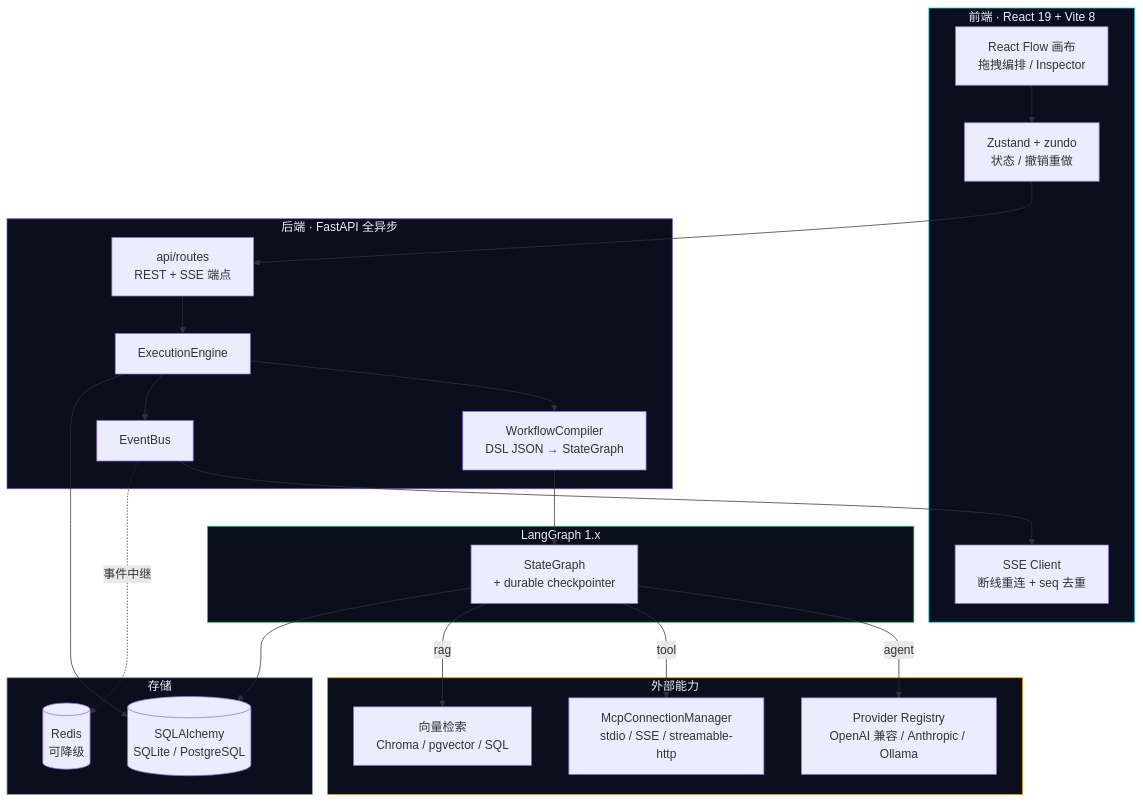
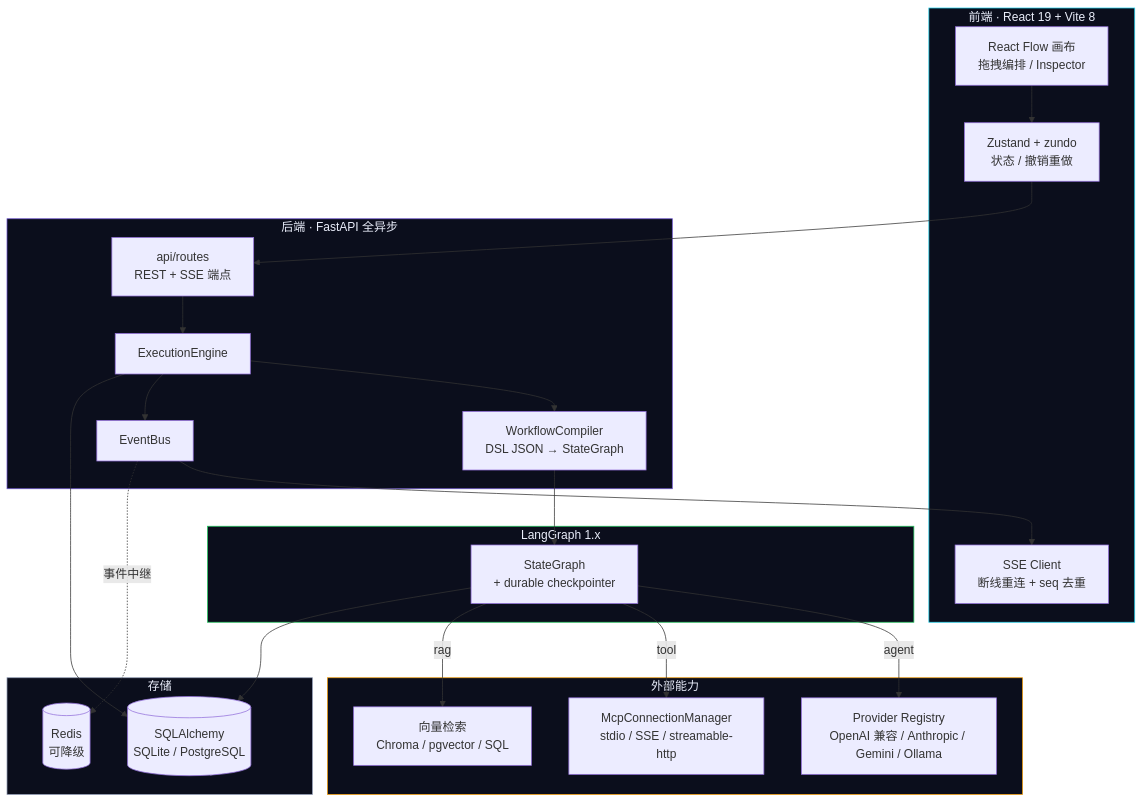
Before and after one commit to nangongdao/AgentCanvas: the first of 3 diagrams in README.md, drawn with Mermaid. The commit also changed other lines of this file and 6 other files, not shown here.

````diff
--- a/README.md
+++ b/README.md
@@ -36,46 +36,46 @@
 ```mermaid
 flowchart TB
     subgraph FE["前端 · React 19 + Vite 8"]
         Canvas["React Flow 画布<br/>拖拽编排 / Inspector"]
         Store["Zustand + zundo<br/>状态 / 撤销重做"]
         SSEC["SSE Client<br/>断线重连 + seq 去重"]
     end
 
     subgraph BE["后端 · FastAPI 全异步"]
         Routes["api/routes<br/>REST + SSE 端点"]
         Engine["ExecutionEngine"]
         Compiler["WorkflowCompiler<br/>DSL JSON → StateGraph"]
         Bus["EventBus"]
     end
 
     subgraph LG["LangGraph 1.x"]
         Graph["StateGraph<br/>+ durable checkpointer"]
     end
 
     subgraph EXT["外部能力"]
-        Prov["Provider Registry<br/>OpenAI 兼容 / Anthropic / Ollama"]
+        Prov["Provider Registry<br/>OpenAI 兼容 / Anthropic / Gemini / Ollama"]
         MCP["McpConnectionManager<br/>stdio / SSE / streamable-http"]
         RAG["向量检索<br/>Chroma / pgvector / SQL"]
     end
 
     subgraph ST["存储"]
         DB[("SQLAlchemy<br/>SQLite / PostgreSQL")]
         Redis[("Redis<br/>可降级")]
     end
 
     Canvas --> Store --> Routes
     Routes --> Engine --> Compiler --> Graph
     Graph -->|agent| Prov
     Graph -->|tool| MCP
     Graph -->|rag| RAG
     Engine --> Bus --> SSEC
     Engine --> DB
     Bus -.->|事件中继| Redis
     Graph --> DB
 
     style FE fill:#0b0e1c,stroke:#22d3ee,color:#eaeefb
     style BE fill:#0b0e1c,stroke:#6e56cf,color:#eaeefb
     style LG fill:#0b0e1c,stroke:#22c55e,color:#eaeefb
     style EXT fill:#0b0e1c,stroke:#f59e0b,color:#eaeefb
     style ST fill:#0b0e1c,stroke:#909ab2,color:#eaeefb
 ```
````
